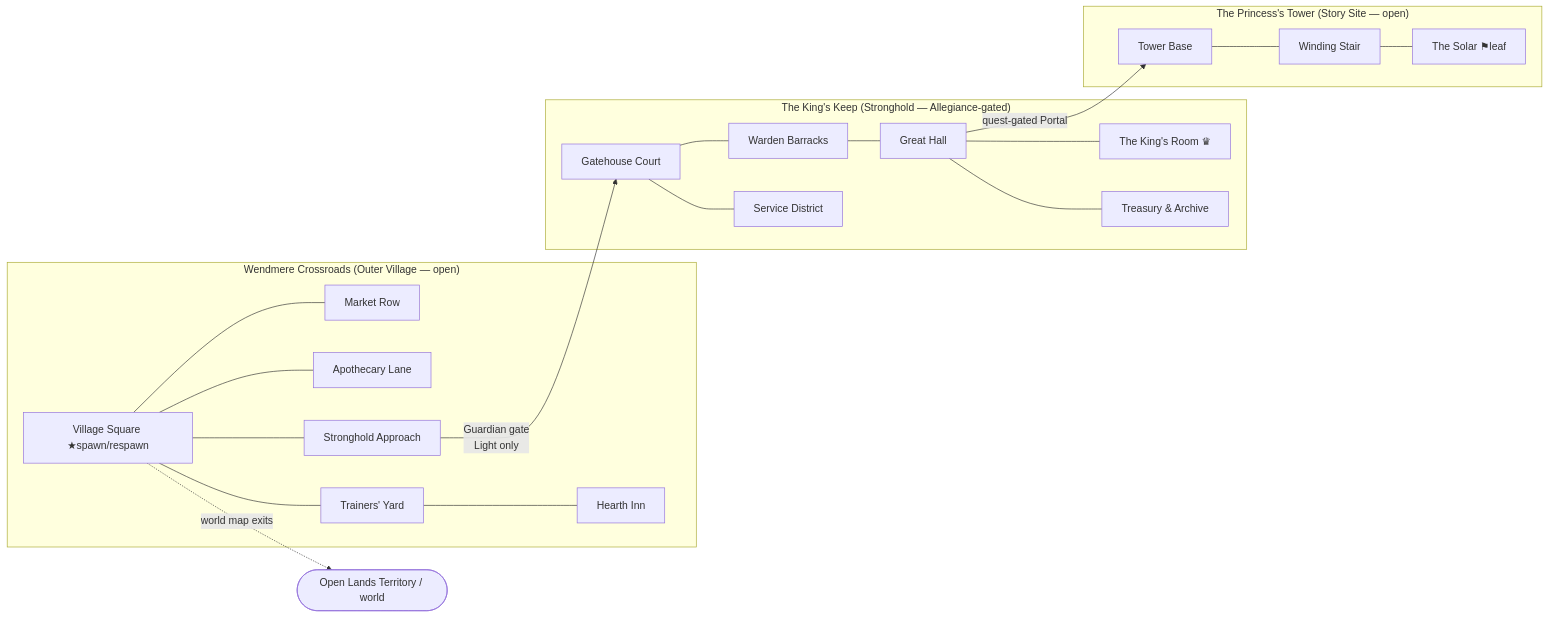
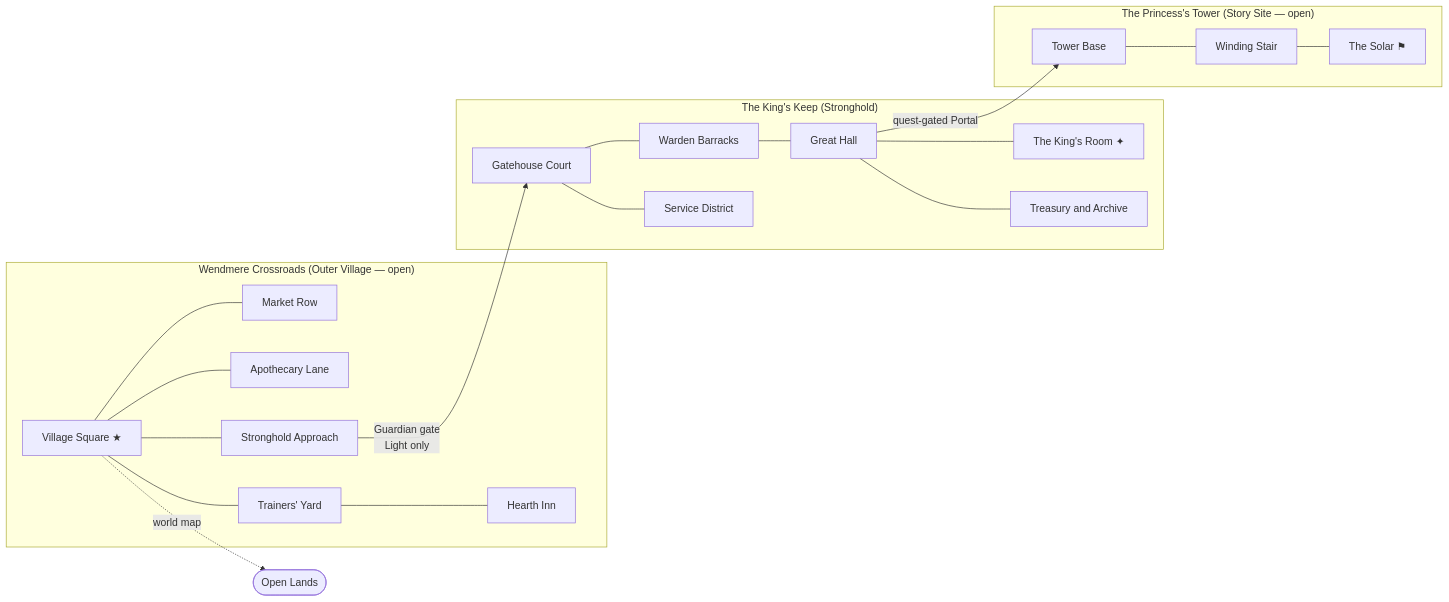
One commit to DibranMulder/2D-platform-game changed the first of 8 diagrams in docs/design/0014-hometown-maps.md. Above: the diagram before and after it, drawn with Mermaid. The commit also changed other lines of this file, not shown here.

First line of the commit message:
Vary home-town sizes and add a portal-graph per town

````diff
--- a/docs/design/0014-hometown-maps.md
+++ b/docs/design/0014-hometown-maps.md
@@ -332,23 +355,23 @@
 ```mermaid
 flowchart LR
     subgraph Village["Wendmere Crossroads (Outer Village — open)"]
-        SQ[Village Square ★spawn/respawn] --- MR[Market Row]
+        SQ[Village Square ★] --- MR[Market Row]
         SQ --- AL[Apothecary Lane]
         SQ --- TY[Trainers' Yard]
         TY --- INN[Hearth Inn]
         SQ --- APP[Stronghold Approach]
     end
     APP -->|Guardian gate<br/>Light only| GC[Gatehouse Court]
-    subgraph Keep["The King's Keep (Stronghold — Allegiance-gated)"]
+    subgraph Keep["The King's Keep (Stronghold)"]
         GC --- GH[Warden Barracks]
         GC --- SD[Service District]
         GH --- HALL[Great Hall]
-        HALL --- KR[The King's Room ♛]
-        HALL --- TR[Treasury & Archive]
+        HALL --- KR[The King's Room ✦]
+        HALL --- TR[Treasury and Archive]
     end
     HALL -->|quest-gated Portal| TB
     subgraph Tower["The Princess's Tower (Story Site — open)"]
-        TB[Tower Base] --- WS[Winding Stair] --- SOL[The Solar ⚑leaf]
+        TB[Tower Base] --- WS[Winding Stair] --- SOL[The Solar ⚑]
     end
-    SQ -.world map exits.-> WORLD([Open Lands Territory / world])
+    SQ -.world map.-> W([Open Lands])
 ```
````
